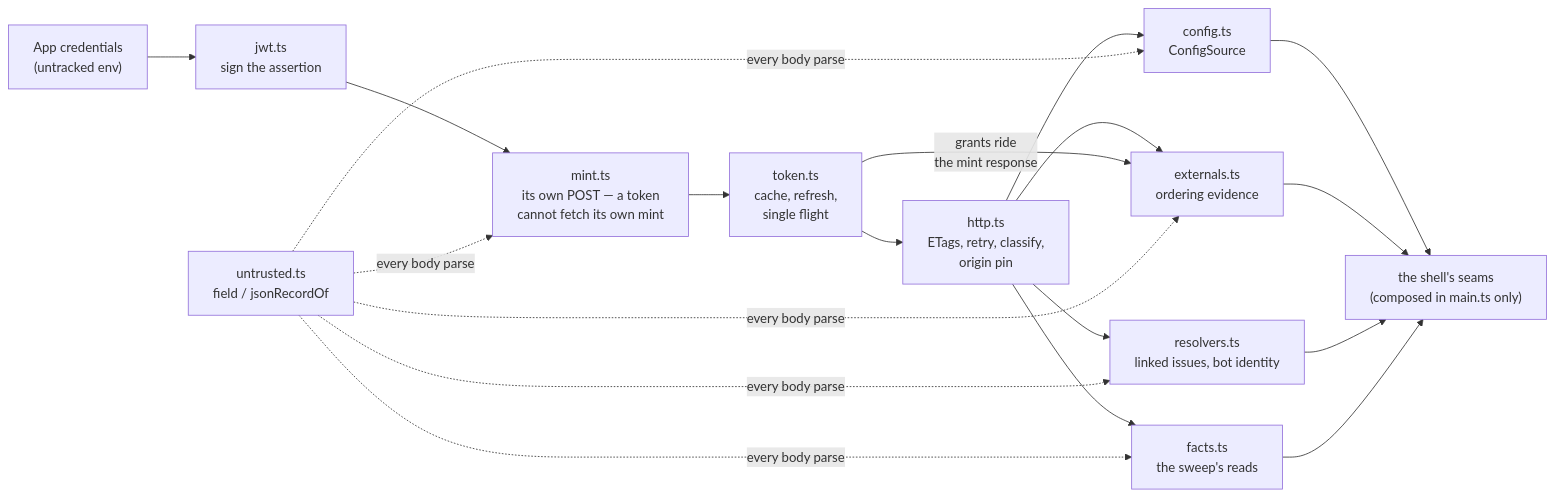
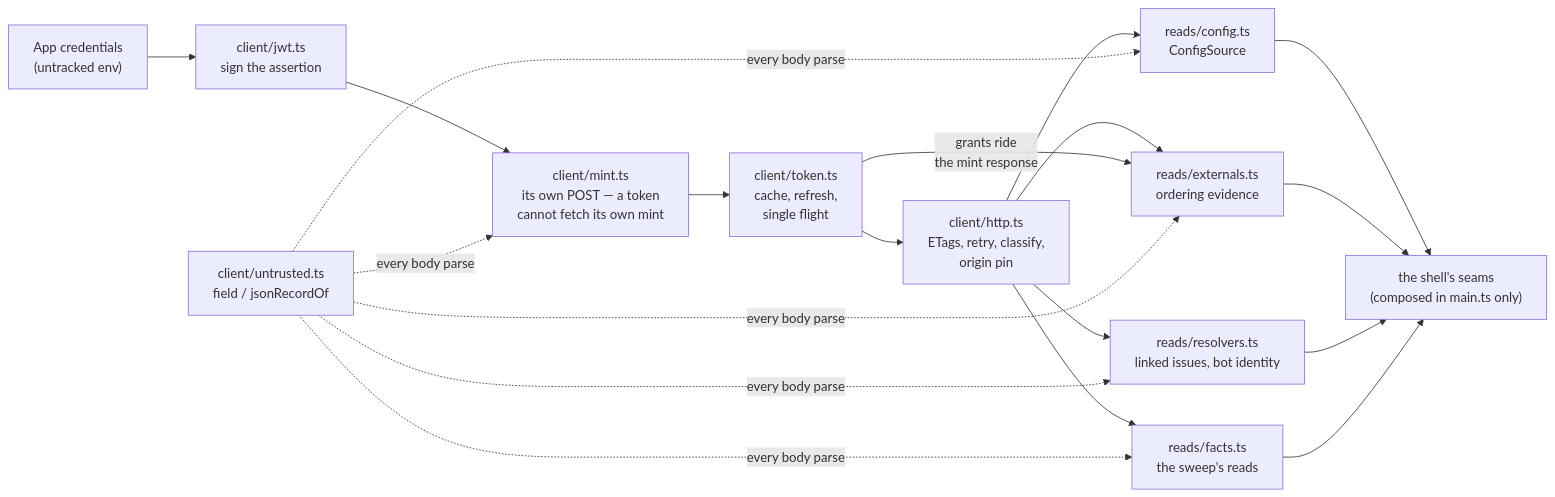
One commit to exploreriii/sdk-automations changed the diagram in packages/runtime/src/adapter/README.md. Above: the diagram before and after it, drawn with Mermaid. The commit also changed other lines of this file and 79 other files, not shown here.

First line of the commit message:
refactor(adapter): client/, reads/, writes/; the confirmed endpoints in the client (L3, D176)

````diff
--- a/packages/runtime/src/adapter/README.md
+++ b/packages/runtime/src/adapter/README.md
@@ -11,17 +16,17 @@
 ```mermaid
 flowchart LR
-    CRED["App credentials\n(untracked env)"] --> JWT["jwt.ts\nsign the assertion"]
-    JWT --> MINT["mint.ts\nits own POST — a token\ncannot fetch its own mint"]
-    MINT --> TOK["token.ts\ncache, refresh,\nsingle flight"]
-    TOK --> HTTP["http.ts\nETags, retry, classify,\norigin pin"]
-    HTTP --> CFG["config.ts\nConfigSource"]
-    HTTP --> EXT["externals.ts\nordering evidence"]
-    HTTP --> RES["resolvers.ts\nlinked issues, bot identity"]
-    HTTP --> FAC["facts.ts\nthe sweep's reads"]
+    CRED["App credentials\n(untracked env)"] --> JWT["client/jwt.ts\nsign the assertion"]
+    JWT --> MINT["client/mint.ts\nits own POST — a token\ncannot fetch its own mint"]
+    MINT --> TOK["client/token.ts\ncache, refresh,\nsingle flight"]
+    TOK --> HTTP["client/http.ts\nETags, retry, classify,\norigin pin"]
+    HTTP --> CFG["reads/config.ts\nConfigSource"]
+    HTTP --> EXT["reads/externals.ts\nordering evidence"]
+    HTTP --> RES["reads/resolvers.ts\nlinked issues, bot identity"]
+    HTTP --> FAC["reads/facts.ts\nthe sweep's reads"]
     TOK -->|"grants ride\nthe mint response"| EXT
-    UNT["untrusted.ts\nfield / jsonRecordOf"] -.->|"every body parse"| MINT & CFG & EXT & RES & FAC
+    UNT["client/untrusted.ts\nfield / jsonRecordOf"] -.->|"every body parse"| MINT & CFG & EXT & RES & FAC
     CFG --> SHELL["the shell's seams\n(composed in main.ts only)"]
     EXT --> SHELL
     RES --> SHELL
     FAC --> SHELL
 ```
````
